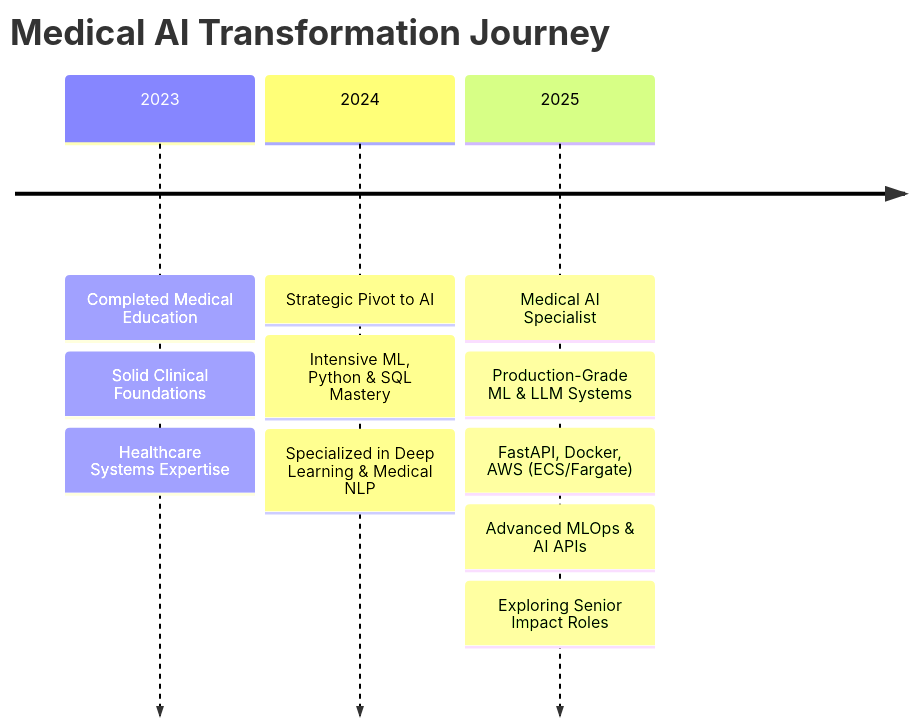
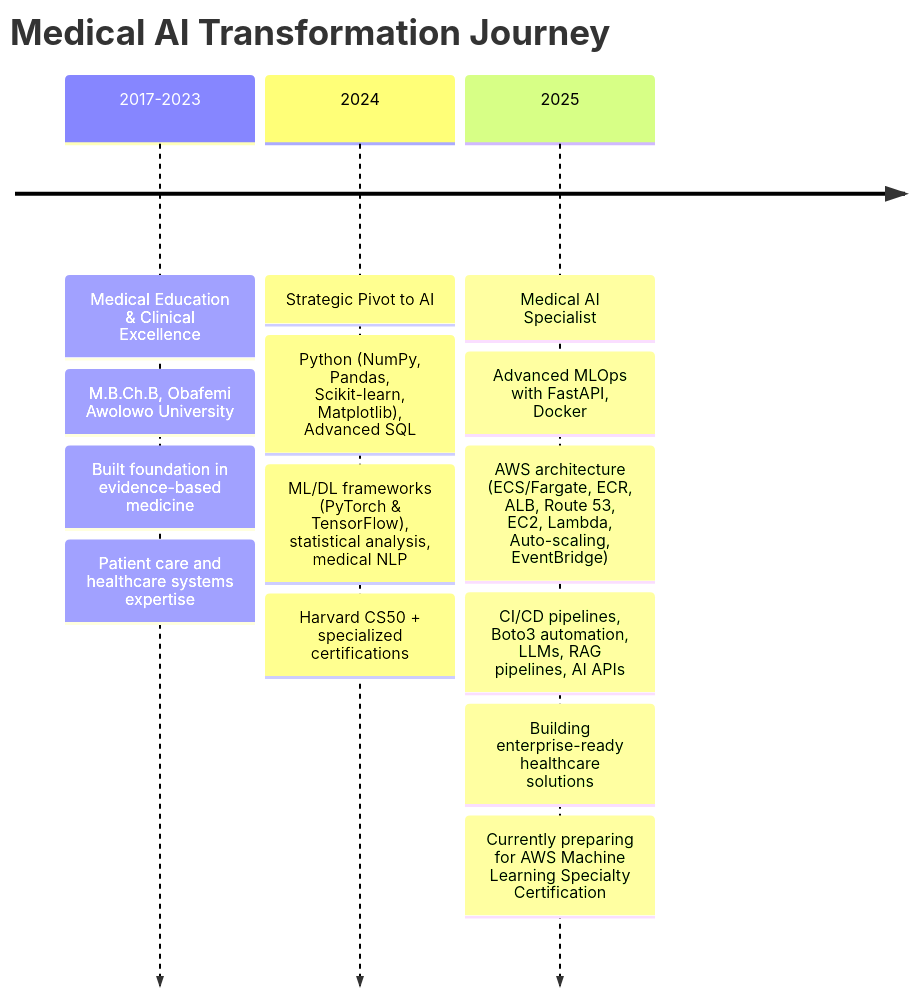
The diagram in README.md (dr-ridwanoladipo/dr-ridwanoladipo), drawn with Mermaid before and after one commit. The commit also changed other lines of this file and 1 other file, not shown here.

Commit message:
adjust the mission statement and mermaid timeline

````diff
--- a/README.md
+++ b/README.md
@@ -133,18 +133,21 @@
 ```mermaid
 timeline
     title Medical AI Transformation Journey
 
-    2023 : Completed Medical Education
-         : Solid Clinical Foundations
-         : Healthcare Systems Expertise
-
+    2017-2023 : Medical Education & Clinical Excellence
+              : M.B.Ch.B, Obafemi Awolowo University
+              : Built foundation in evidence-based medicine
+              : Patient care and healthcare systems expertise
+              
     2024 : Strategic Pivot to AI
-         : Intensive ML, Python & SQL Mastery
-         : Specialized in Deep Learning & Medical NLP
-
+         : Python (NumPy, Pandas, Scikit-learn, Matplotlib), Advanced SQL
+         : ML/DL frameworks (PyTorch & TensorFlow), statistical analysis, medical NLP
+         : Harvard CS50 + specialized certifications
+         
     2025 : Medical AI Specialist
-         : Production-Grade ML & LLM Systems
-         : FastAPI, Docker, AWS (ECS/Fargate)
-         : Advanced MLOps & AI APIs
-         : Exploring Senior Impact Roles
+         : Advanced MLOps with FastAPI, Docker
+         : AWS architecture (ECS/Fargate, ECR, ALB, Route 53, EC2, Lambda, Auto-scaling, EventBridge)
+         : CI/CD pipelines, Boto3 automation, LLMs, RAG pipelines, AI APIs
+         : Building enterprise-ready healthcare solutions
+         : Currently preparing for AWS Machine Learning Specialty Certification
 ```
````
